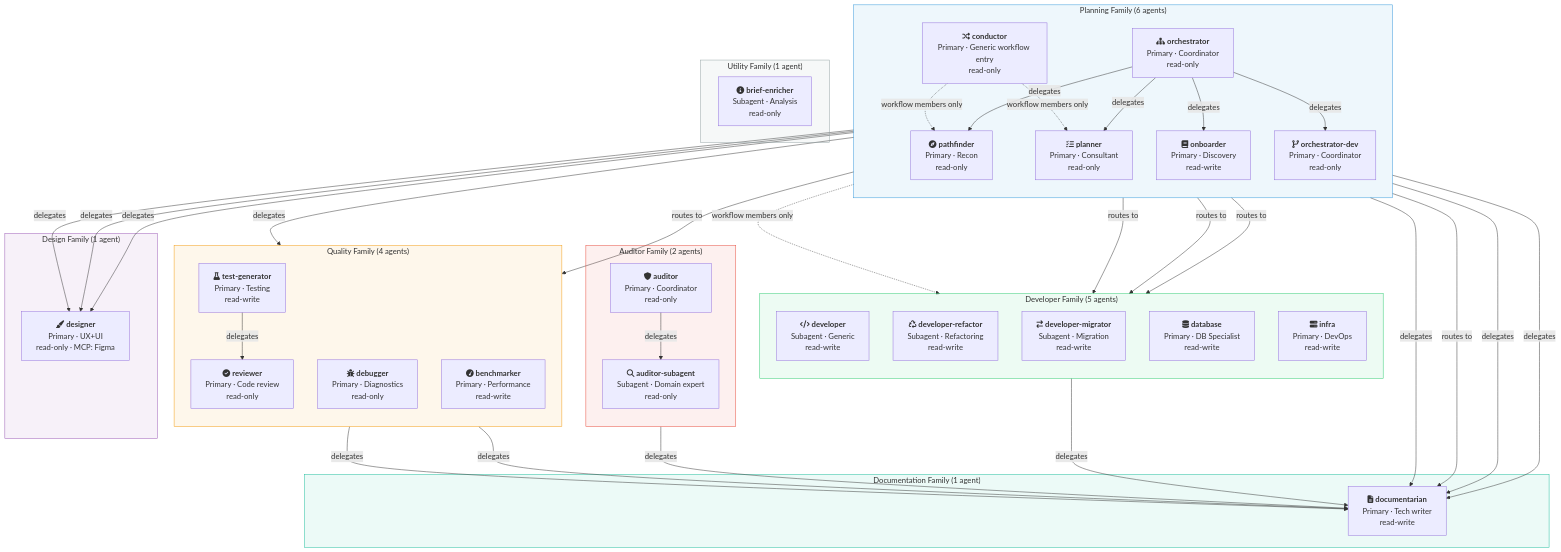
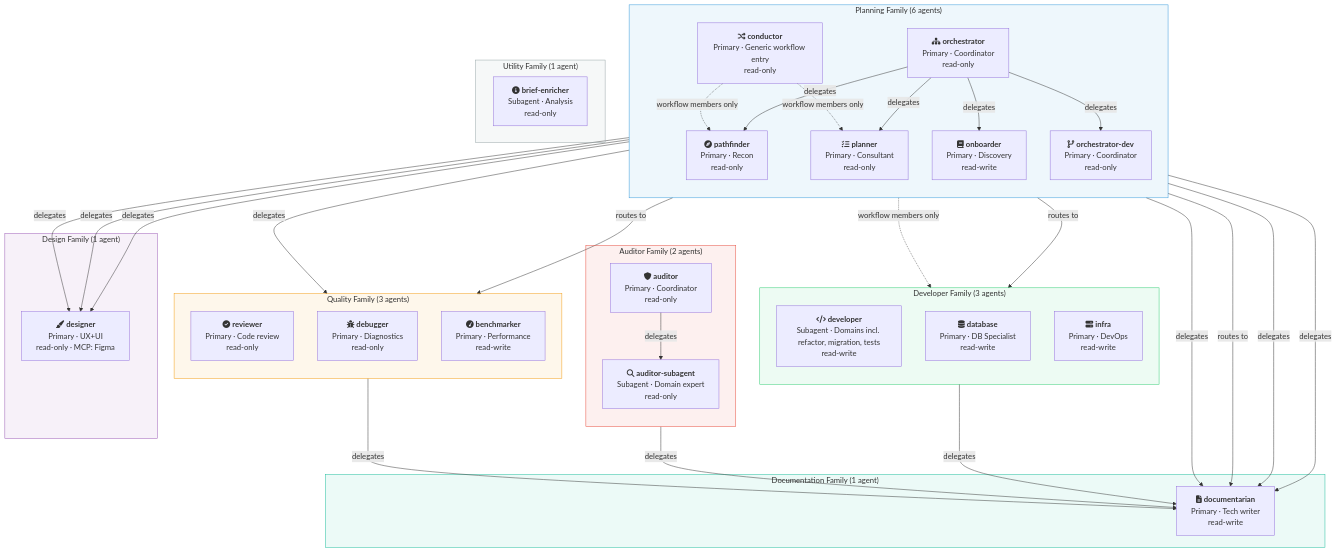
The diagram in docs/diagrams/agent-hierarchy.mermaid (datichb/openhub), drawn with Mermaid before and after one commit. The commit also changed 25 other files, not shown here.

```diff
--- a/docs/diagrams/agent-hierarchy.mermaid
+++ b/docs/diagrams/agent-hierarchy.mermaid
@@ -1,89 +1,82 @@
 %% OpenHub -- Agent Hierarchy (v5)
-%% 20 agents across 7 families, showing mode (primary/subagent)
+%% 17 agents across 7 families, showing mode (primary/subagent)
 %% and the delegations their permissions allow. In a session, the workflow
 %% decides which agents are members and which delegations are reachable
 %% (SubagentGraph, closed world): see ADR-039 and ADR-041.
 
 flowchart TD
     subgraph Planning ["Planning Family (6 agents)"]
         direction TB
         COND["fa:fa-random <strong>conductor</strong><br/>Primary · Generic workflow entry<br/>read-only"]
         ORCH["fa:fa-sitemap <strong>orchestrator</strong><br/>Primary · Coordinator<br/>read-only"]
         ORCHDEV["fa:fa-code-branch <strong>orchestrator-dev</strong><br/>Primary · Coordinator<br/>read-only"]
         PLAN["fa:fa-tasks <strong>planner</strong><br/>Primary · Consultant<br/>read-only"]
         PATH["fa:fa-compass <strong>pathfinder</strong><br/>Primary · Recon<br/>read-only"]
         ONB["fa:fa-book <strong>onboarder</strong><br/>Primary · Discovery<br/>read-write"]
     end
 
-    subgraph Developer ["Developer Family (5 agents)"]
+    subgraph Developer ["Developer Family (3 agents)"]
         direction TB
-        DEV["fa:fa-code <strong>developer</strong><br/>Subagent · Generic<br/>read-write"]
-        DEVR["fa:fa-recycle <strong>developer-refactor</strong><br/>Subagent · Refactoring<br/>read-write"]
-        DEVM["fa:fa-exchange <strong>developer-migrator</strong><br/>Subagent · Migration<br/>read-write"]
+        DEV["fa:fa-code <strong>developer</strong><br/>Subagent · Domains incl. refactor, migration, tests<br/>read-write"]
         DB["fa:fa-database <strong>database</strong><br/>Primary · DB Specialist<br/>read-write"]
         INFRA["fa:fa-server <strong>infra</strong><br/>Primary · DevOps<br/>read-write"]
     end
 
     subgraph Auditor ["Auditor Family (2 agents)"]
         direction TB
         AUD["fa:fa-shield <strong>auditor</strong><br/>Primary · Coordinator<br/>read-only"]
         AUDS["fa:fa-search <strong>auditor-subagent</strong><br/>Subagent · Domain expert<br/>read-only"]
     end
 
-    subgraph Quality ["Quality Family (4 agents)"]
+    subgraph Quality ["Quality Family (3 agents)"]
         direction TB
         REV["fa:fa-check-circle <strong>reviewer</strong><br/>Primary · Code review<br/>read-only"]
         DBG["fa:fa-bug <strong>debugger</strong><br/>Primary · Diagnostics<br/>read-only"]
         BENCH["fa:fa-tachometer <strong>benchmarker</strong><br/>Primary · Performance<br/>read-write"]
-        TEST["fa:fa-flask <strong>test-generator</strong><br/>Primary · Testing<br/>read-write"]
     end
 
     subgraph Design ["Design Family (1 agent)"]
         DES["fa:fa-paint-brush <strong>designer</strong><br/>Primary · UX+UI<br/>read-only · MCP: Figma"]
     end
 
     subgraph Documentation ["Documentation Family (1 agent)"]
         DOC["fa:fa-file-text <strong>documentarian</strong><br/>Primary · Tech writer<br/>read-write"]
     end
 
     subgraph Utility ["Utility Family (1 agent)"]
         BRF["fa:fa-info-circle <strong>brief-enricher</strong><br/>Subagent · Analysis<br/>read-only"]
     end
 
     %% Delegation edges
     COND -.->|"workflow members only"| PATH
     COND -.->|"workflow members only"| PLAN
     COND -.->|"workflow members only"| DEV
     ORCH -->|delegates| PATH
     ORCH -->|delegates| PLAN
     ORCH -->|delegates| ONB
     ORCH -->|delegates| DES
     ORCH -->|delegates| ORCHDEV
     ORCH -->|delegates| DBG
     ORCH -->|delegates| DOC
 
     ORCHDEV -->|routes to| DEV
-    ORCHDEV -->|routes to| DEVR
-    ORCHDEV -->|routes to| DEVM
     ORCHDEV -->|routes to| REV
     ORCHDEV -->|routes to| DOC
 
     AUD -->|delegates| AUDS
     AUD -->|delegates| DOC
 
     PLAN -->|delegates| DOC
     PLAN -->|delegates| DES
     PATH -->|delegates| DOC
     PATH -->|delegates| DES
     DB -->|delegates| DOC
     BENCH -->|delegates| DOC
-    TEST -->|delegates| DOC
-    TEST -->|delegates| REV
 
     style Planning fill:#3498db15,stroke:#3498db
     style Developer fill:#2ecc7115,stroke:#2ecc71
     style Auditor fill:#e74c3c15,stroke:#e74c3c
     style Quality fill:#f39c1215,stroke:#f39c12
     style Design fill:#9b59b615,stroke:#9b59b6
     style Documentation fill:#1abc9c15,stroke:#1abc9c
     style Utility fill:#95a5a615,stroke:#95a5a6
```
